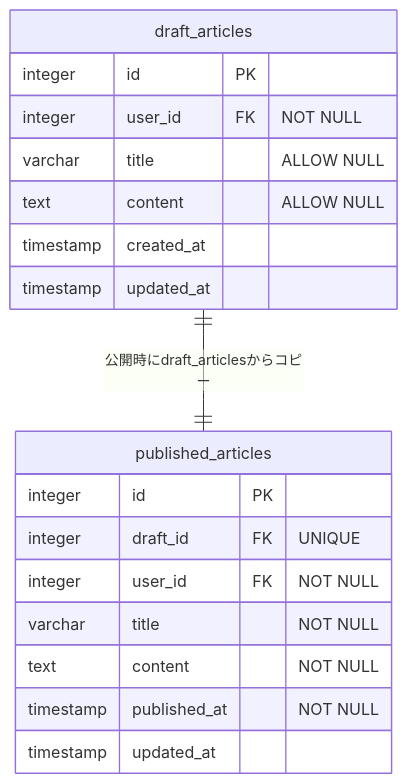
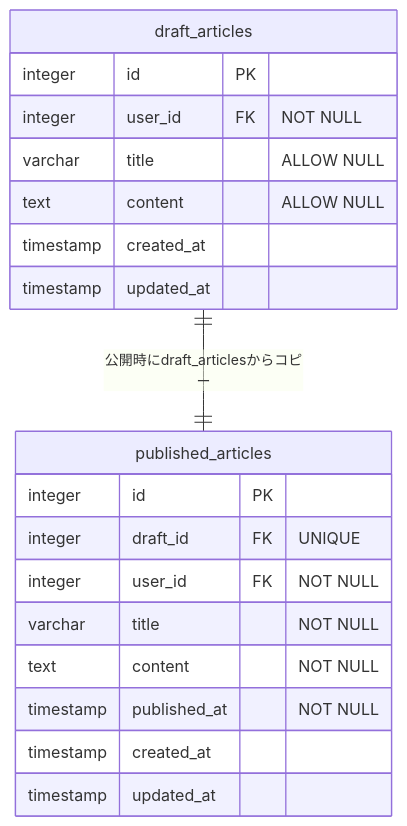
Before and after one commit to sloppybook/zenn: the second of 5 diagrams in articles/57f2197681b2e2.md, drawn with Mermaid. The commit also changed other lines of this file, not shown here.

````diff
--- a/articles/57f2197681b2e2.md
+++ b/articles/57f2197681b2e2.md
@@ -58,24 +57,25 @@
 ```mermaid
 erDiagram
   draft_articles ||--|| published_articles : "公開時にdraft_articlesからコピー"
 
   draft_articles {
     integer id PK
     integer user_id FK "NOT NULL"
     varchar title "ALLOW NULL"
     text content "ALLOW NULL"
     timestamp created_at
     timestamp updated_at
   }
 
   published_articles {
     integer id PK
     integer draft_id FK "UNIQUE"
     integer user_id FK "NOT NULL"
     varchar title "NOT NULL"
     text content "NOT NULL"
     timestamp published_at "NOT NULL"
+    timestamp created_at
     timestamp updated_at
   }
 
 ```
````
